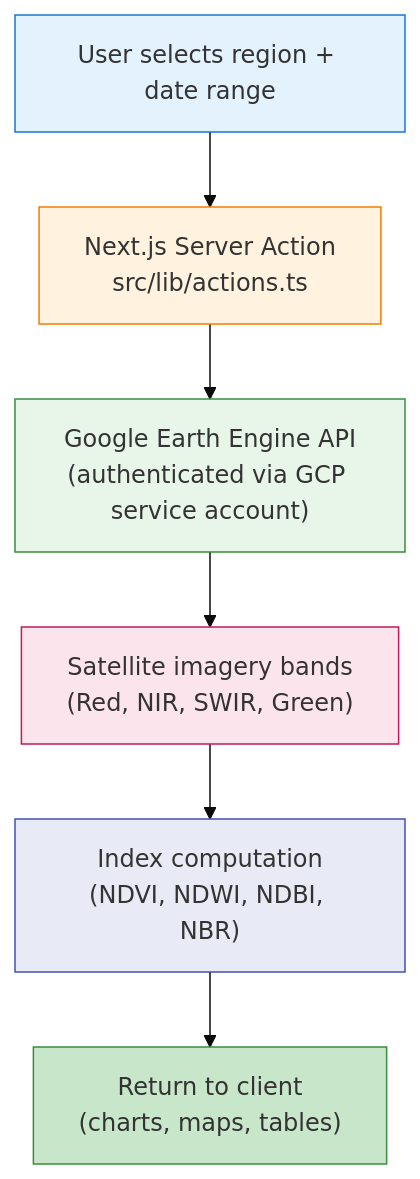
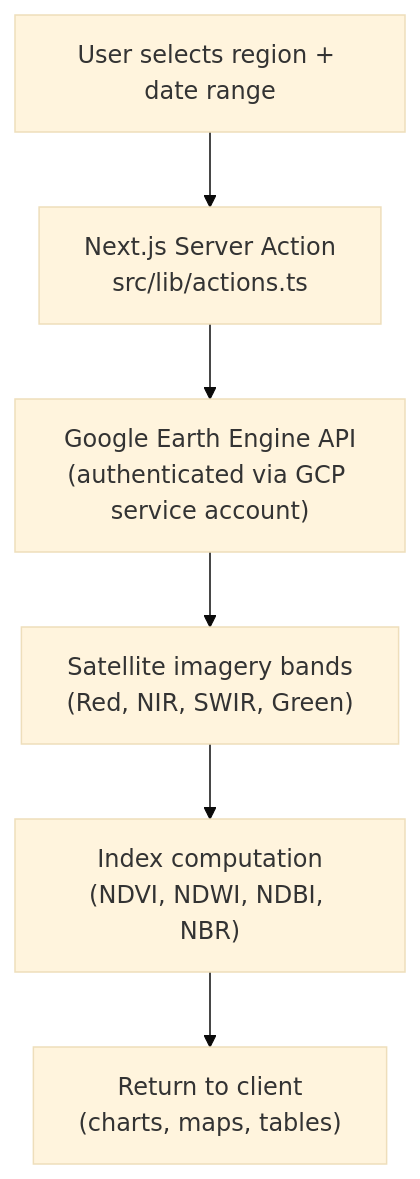
Before and after one commit to ArrinPaul/Kisan-Portal: the eighth of 13 diagrams in README.md, drawn with Mermaid (base theme). The commit also changed other lines of this file and 3 other files, not shown here.

````diff
--- a/README.md
+++ b/README.md
@@ -448,15 +412,8 @@
 ```mermaid
 flowchart TB
     A["User selects region + date range"] --> B["Next.js Server Action<br/>src/lib/actions.ts"]
     B --> C["Google Earth Engine API<br/>(authenticated via GCP service account)"]
     C --> D["Satellite imagery bands<br/>(Red, NIR, SWIR, Green)"]
     D --> E["Index computation<br/>(NDVI, NDWI, NDBI, NBR)"]
     E --> F["Return to client<br/>(charts, maps, tables)"]
-
-    style A fill:#e3f2fd,stroke:#1976d2
-    style B fill:#fff3e0,stroke:#f57c00
-    style C fill:#e8f5e9,stroke:#388e3c
-    style D fill:#fce4ec,stroke:#c2185b
-    style E fill:#e8eaf6,stroke:#3f51b5
-    style F fill:#c8e6c9,stroke:#388e3c
 ```
````
